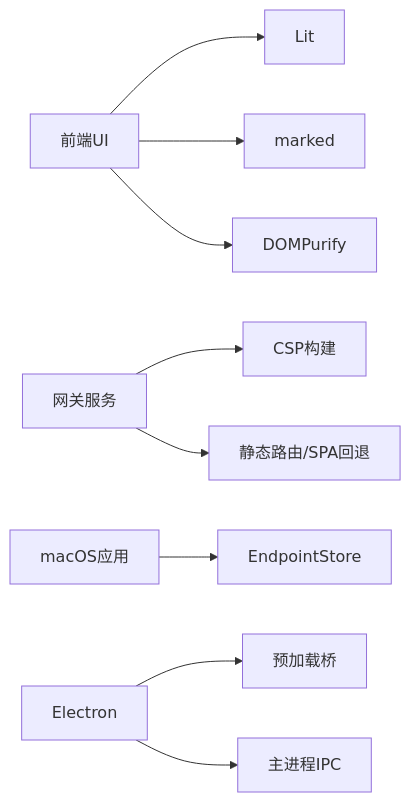
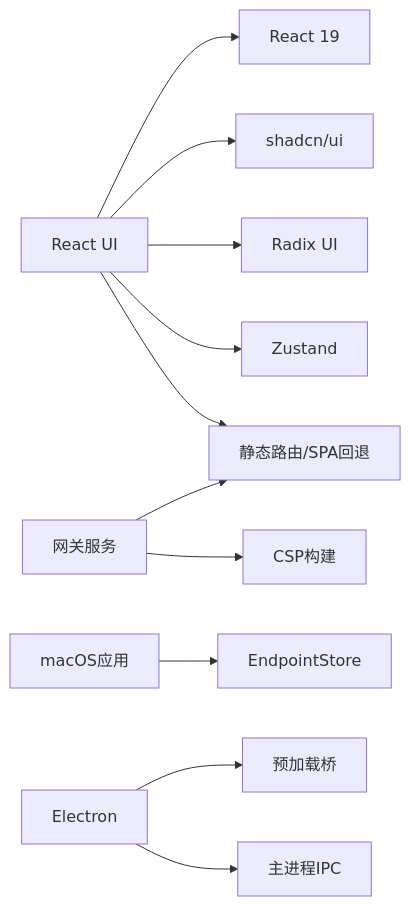
Before and after one commit to verse-ai-org/openclaw: diagram 14 of 14 in .qoder/repowiki/zh/content/Web界面/控制面板.md, drawn with Mermaid. The commit also changed other lines of this file and 46 other files, not shown here.

````diff
--- a/.qoder/repowiki/zh/content/Web界面/控制面板.md
+++ b/.qoder/repowiki/zh/content/Web界面/控制面板.md
@@ -336,11 +555,13 @@
 ```mermaid
 graph LR
-UI["前端UI"] --> LIT["Lit"]
-UI --> MARKED["marked"]
-UI --> PURIFY["DOMPurify"]
+UI["React UI"] --> REACT["React 19"]
+UI --> SHADCN["shadcn/ui"]
+UI --> RADIX["Radix UI"]
+UI --> ZUSTAND["Zustand"]
+UI --> ROUTER["React Router"]
 GW["网关服务"] --> CSP["CSP构建"]
 GW --> ROUTER["静态路由/SPA回退"]
 MAC["macOS应用"] --> EP["EndpointStore"]
 ELEC["Electron"] --> PRE["预加载桥"]
 ELEC --> MAIN["主进程IPC"]
 ```
````
